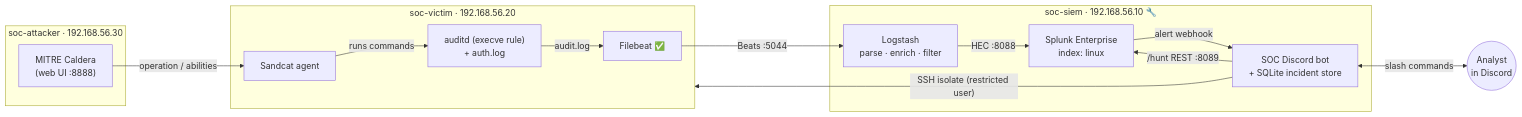
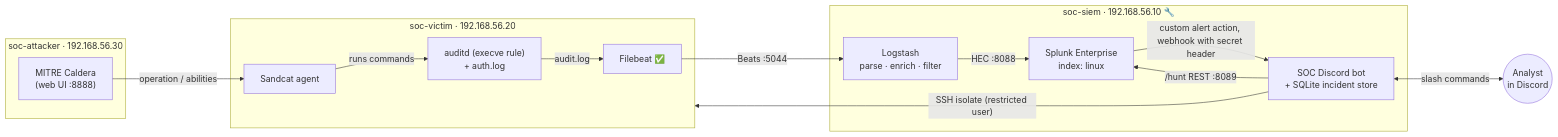
One commit to MustafaS14/SOC_Automation_Bot changed the diagram in docs/architecture.md. Above: the diagram before and after it, drawn with Mermaid. The commit also changed other lines of this file, not shown here.

Commit message:
Architecture: bot installed, alert action connected

````diff
--- a/docs/architecture.md
+++ b/docs/architecture.md
@@ -9,30 +9,30 @@
 ```mermaid
 flowchart LR
     subgraph ATK["soc-attacker · 192.168.56.30"]
         CAL["MITRE Caldera<br/>(web UI :8888)"]
     end
 
     subgraph VIC["soc-victim · 192.168.56.20"]
         AG["Sandcat agent"]
         AUD["auditd (execve rule)<br/>+ auth.log"]
         FB["Filebeat ✅"]
     end
 
     subgraph SIEM["soc-siem · 192.168.56.10 🔧"]
         LS["Logstash<br/>parse · enrich · filter"]
         SP["Splunk Enterprise<br/>index: linux"]
         BOT["SOC Discord bot<br/>+ SQLite incident store"]
     end
 
     ANA(("Analyst<br/>in Discord"))
 
     CAL -- "operation / abilities" --> AG
     AG -- "runs commands" --> AUD
     AUD -- "audit.log" --> FB
     FB -- "Beats :5044" --> LS
     LS -- "HEC :8088" --> SP
-    SP -- "alert webhook" --> BOT
+    SP -- "custom alert action, webhook with secret header" --> BOT
     BOT <-- "slash commands" --> ANA
     BOT -- "/hunt REST :8089" --> SP
     BOT -- "SSH isolate (restricted user)" --> VIC
 ```
````
